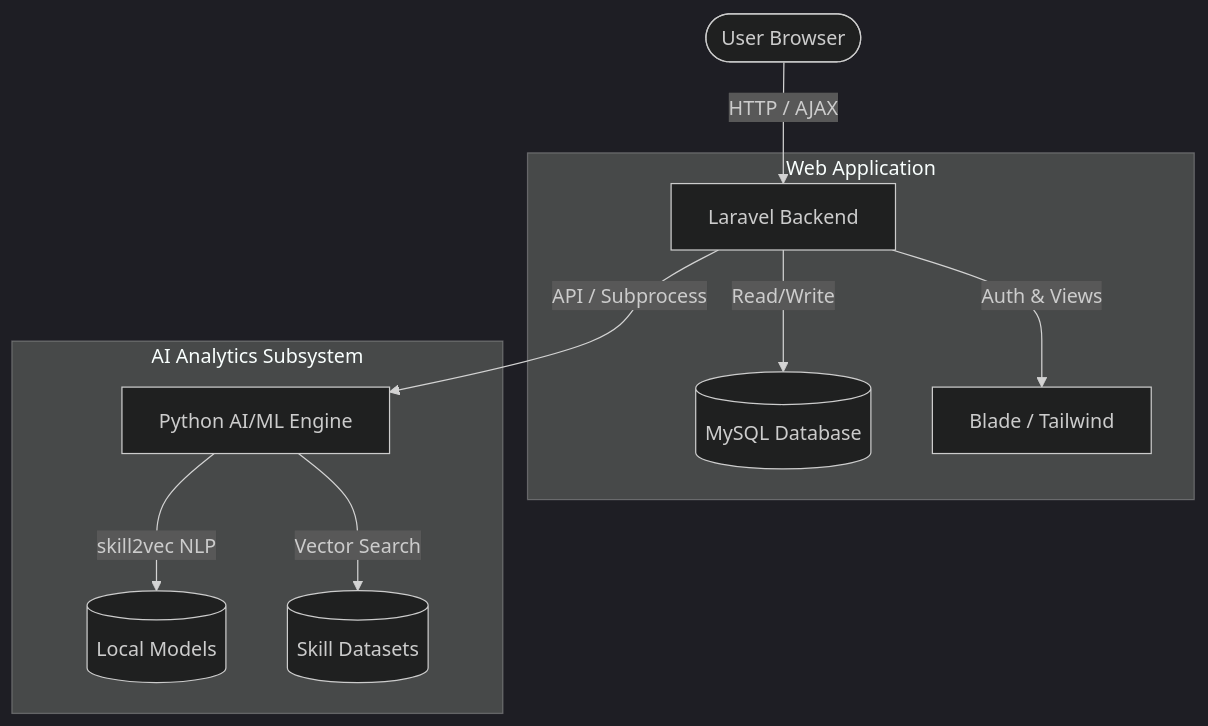
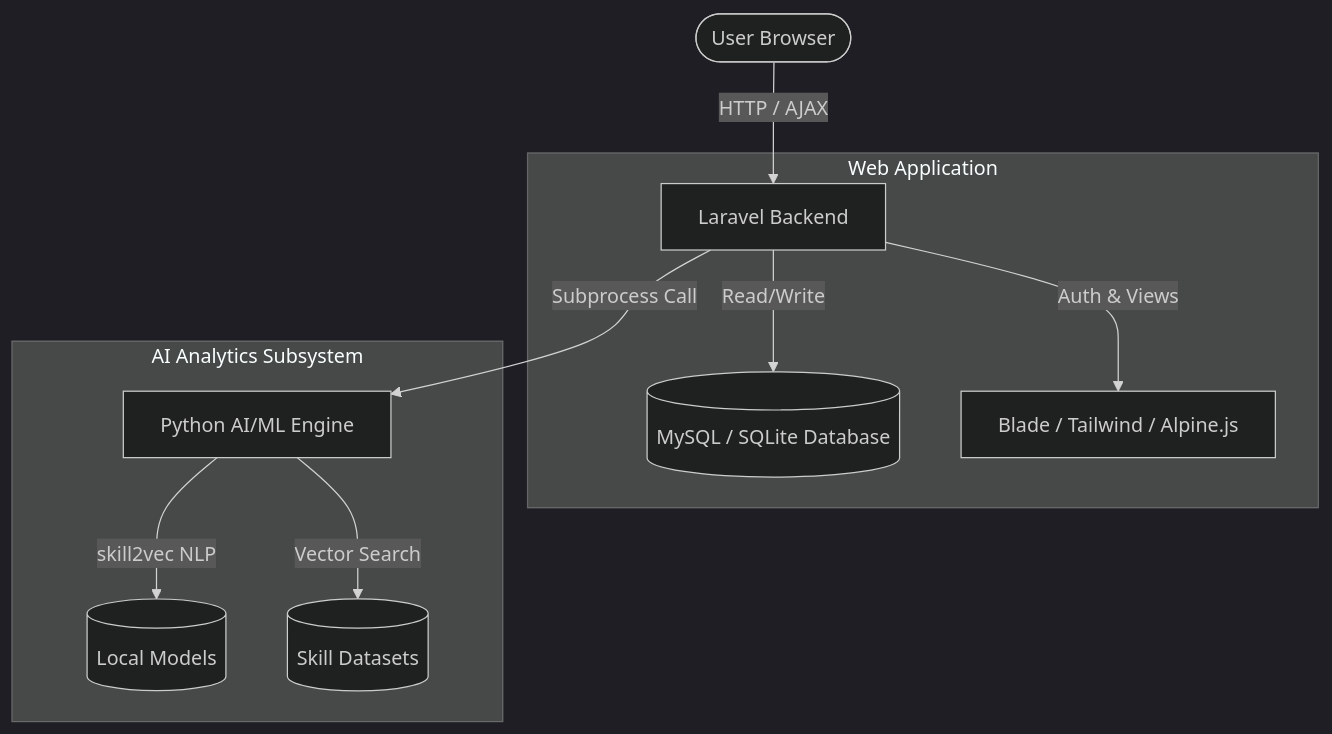
Before and after one commit to mfarrukhjaved-381/educareer: the diagram in README.md, drawn with Mermaid (dark theme). The commit also changed other lines of this file, not shown here.

````diff
--- a/README.md
+++ b/README.md
@@ -78,15 +55,15 @@
 ```mermaid
 flowchart TD
     User([User Browser]) -->|HTTP / AJAX| Laravel[Laravel Backend]
     
     subgraph Web Application
-        Laravel -->|Read/Write| DB[(MySQL Database)]
-        Laravel -->|Auth & Views| Frontend[Blade / Tailwind]
+        Laravel -->|Read/Write| DB[(MySQL / SQLite Database)]
+        Laravel -->|Auth & Views| Frontend[Blade / Tailwind / Alpine.js]
     end
 
     subgraph AI Analytics Subsystem
-        Laravel -->|API / Subprocess| PythonEngine[Python AI/ML Engine]
+        Laravel -->|Subprocess Call| PythonEngine[Python AI/ML Engine]
         PythonEngine -->|skill2vec NLP| Models[(Local Models)]
         PythonEngine -->|Vector Search| Datasets[(Skill Datasets)]
     end
 ```
````
